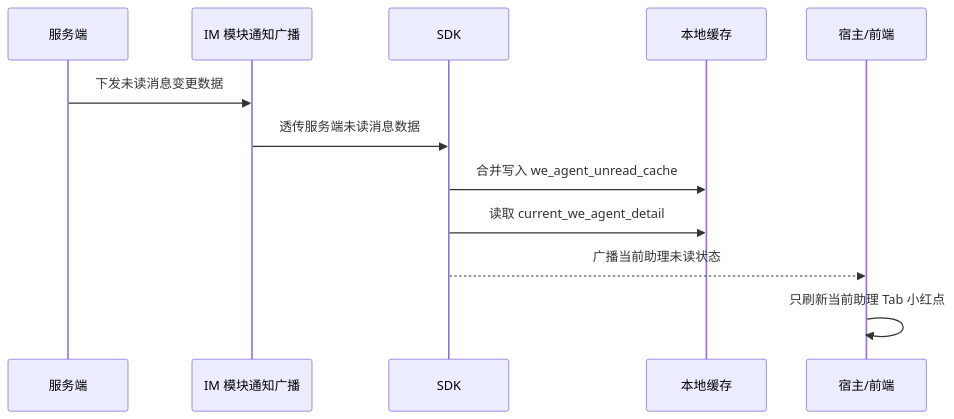
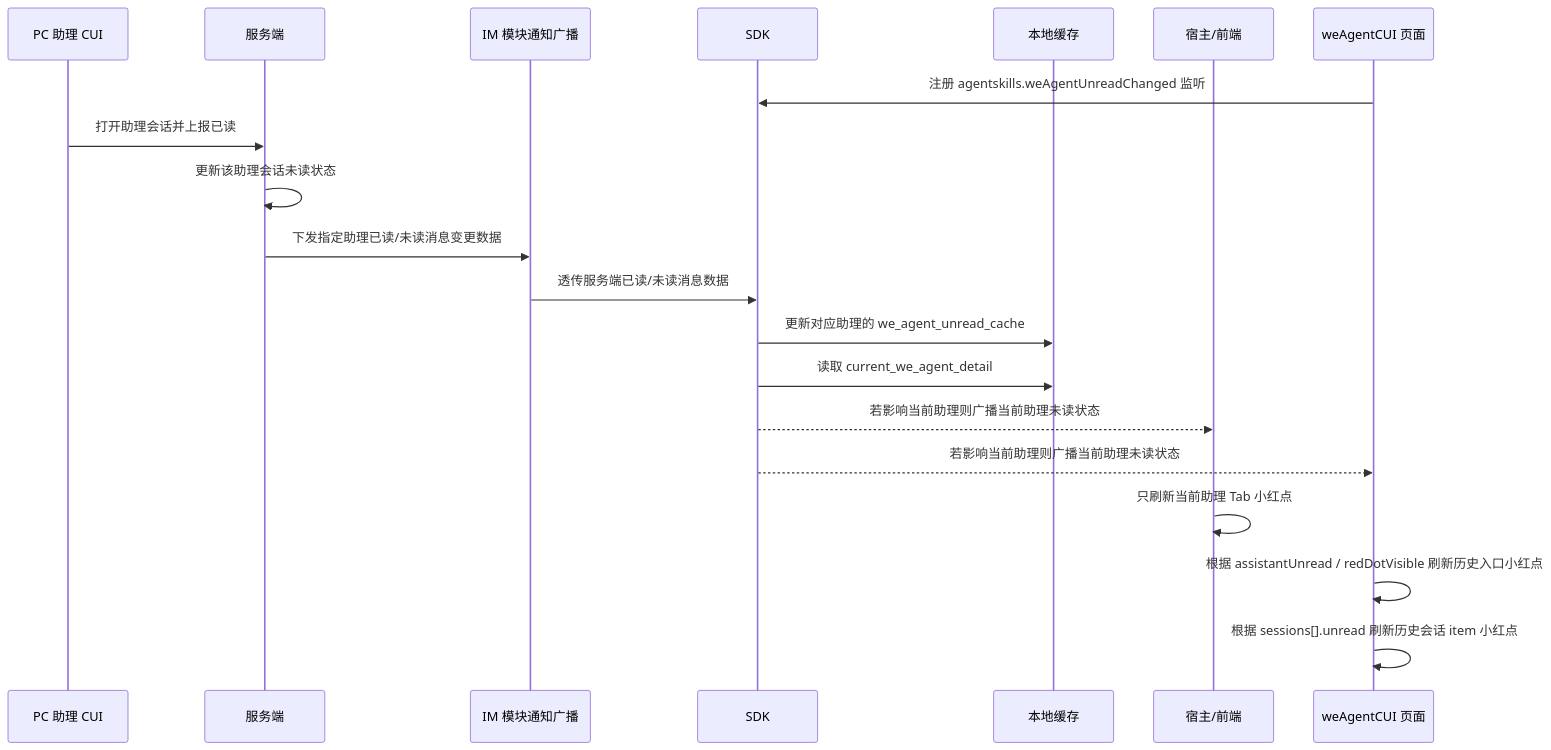
One commit to Abelsjcheng/skillSDK changed the third of 6 diagrams in 2026-06-11-we-agent-tab-unread-red-dot-plan.md. Above: the diagram before and after it, drawn with Mermaid. The commit also changed other lines of this file and 1 other file, not shown here.

````diff
--- a/2026-06-11-we-agent-tab-unread-red-dot-plan.md
+++ b/2026-06-11-we-agent-tab-unread-red-dot-plan.md
@@ -89,15 +108,23 @@
 ```mermaid
 sequenceDiagram
+    participant PC as PC 助理 CUI
     participant Server as 服务端
     participant IM as IM 模块通知广播
     participant SDK as SDK
     participant Storage as 本地缓存
     participant Host as 宿主/前端
+    participant CUI as weAgentCUI 页面
 
-    Server->>IM: 下发未读消息变更数据
-    IM->>SDK: 透传服务端未读消息数据
-    SDK->>Storage: 合并写入 we_agent_unread_cache
+    CUI->>SDK: 注册 agentskills.weAgentUnreadChanged 监听
+    PC->>Server: 打开助理会话并上报已读
+    Server->>Server: 更新该助理会话未读状态
+    Server->>IM: 下发指定助理已读/未读消息变更数据
+    IM->>SDK: 透传服务端已读/未读消息数据
+    SDK->>Storage: 更新对应助理的 we_agent_unread_cache
     SDK->>Storage: 读取 current_we_agent_detail
-    SDK-->>Host: 广播当前助理未读状态
+    SDK-->>Host: 若影响当前助理则广播当前助理未读状态
+    SDK-->>CUI: 若影响当前助理则广播当前助理未读状态
     Host->>Host: 只刷新当前助理 Tab 小红点
+    CUI->>CUI: 根据 assistantUnread / redDotVisible 刷新历史入口小红点
+    CUI->>CUI: 根据 sessions[].unread 刷新历史会话 item 小红点
 ```
````
